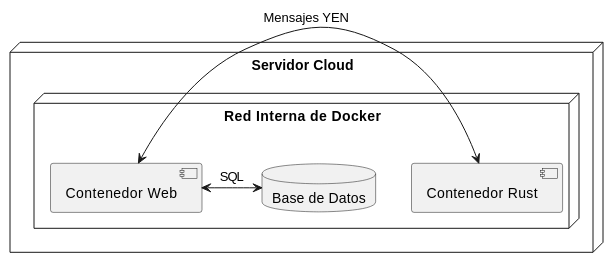
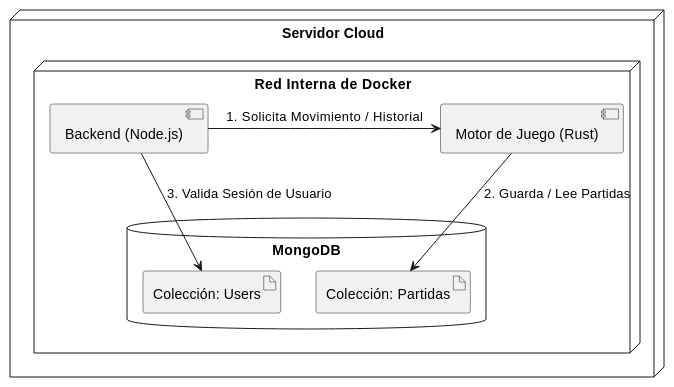
The second of 4 diagrams in docs/src/07_deployment_view.adoc (Arquisoft/yovi_es1b), drawn with PlantUML before and after one commit. The commit also changed other lines of this file and 1 other file, not shown here.

```diff
--- a/docs/src/07_deployment_view.adoc
+++ b/docs/src/07_deployment_view.adoc
@@ -140,14 +143,21 @@
 [plantuml, level2-server, png]
 ----
 @startuml
 node "Servidor Cloud" {
     node "Red Interna de Docker" {
-        component "Contenedor Web" as c1
-        component "Contenedor Rust" as c2
-        database "Base de Datos" as db
+        component "Backend (Node.js)" as node
+        component "Motor de Juego (Rust)" as rust
+        database "MongoDB" as db {
+            artifact "Colección: Users" as u_coll
+            artifact "Colección: Partidas" as p_coll
+        }
     }
 }
-c1 <-> c2 : Mensajes YEN
-c1 <-> db : SQL
+
+' Flujos de datos internos
+node -> rust : 1. Solicita Movimiento / Historial
+rust --> p_coll : 2. Guarda / Lee Partidas
+node --> u_coll : 3. Valida Sesión de Usuario
+
 @enduml
 ----
```
